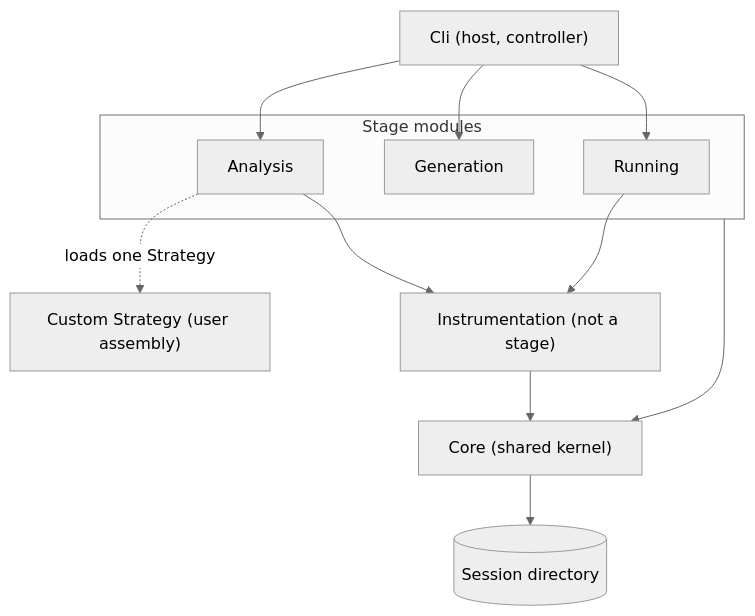
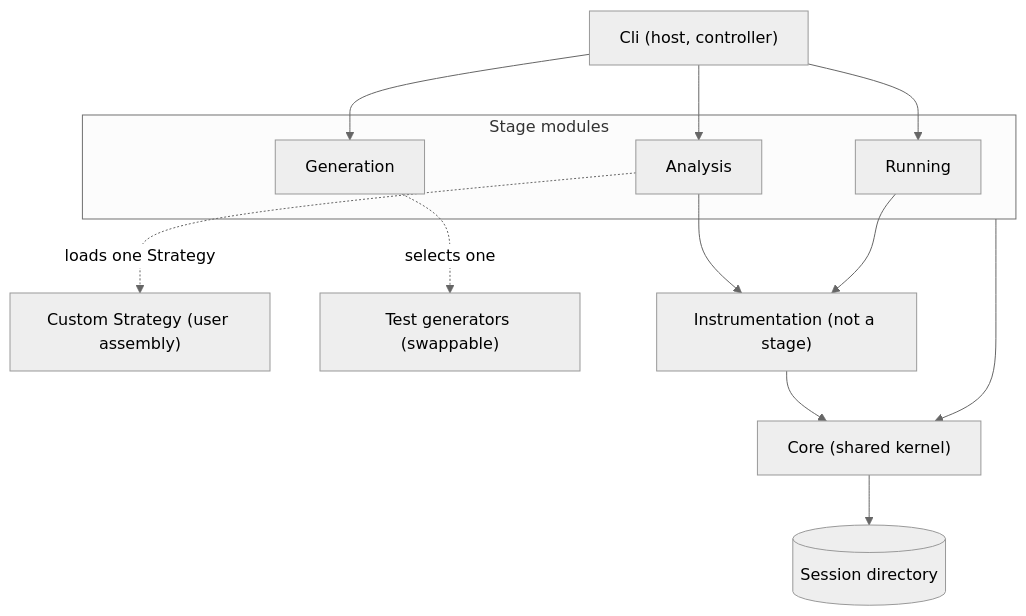
One commit to JaromirProchazka/DotReplay changed the second of 2 diagrams in doc/architecture.md. Above: the diagram before and after it, drawn with Mermaid (neutral theme). The commit also changed other lines of this file and 2 other files, not shown here.

Commit message:
Document test generators and strategies from M1 experiments; update schedule

````diff
--- a/doc/architecture.md
+++ b/doc/architecture.md
@@ -45,22 +45,24 @@
 ```mermaid
 flowchart TB
   CLI["Cli (host, controller)"]
   subgraph Stages["Stage modules"]
     AN["Analysis"]
     GEN["Generation"]
     RUN["Running"]
   end
   CUSTOM["Custom Strategy (user assembly)"]
+  GENS["Test generators (swappable)"]
   INS["Instrumentation (not a stage)"]
   CORE["Core (shared kernel)"]
   MODEL[("Session directory")]
   CLI --> AN
   CLI --> GEN
   CLI --> RUN
   AN -. "loads one Strategy" .-> CUSTOM
+  GEN -. "selects one" .-> GENS
   AN --> INS
   RUN --> INS
   Stages --> CORE
   INS --> CORE
   CORE --> MODEL
 ```
````
